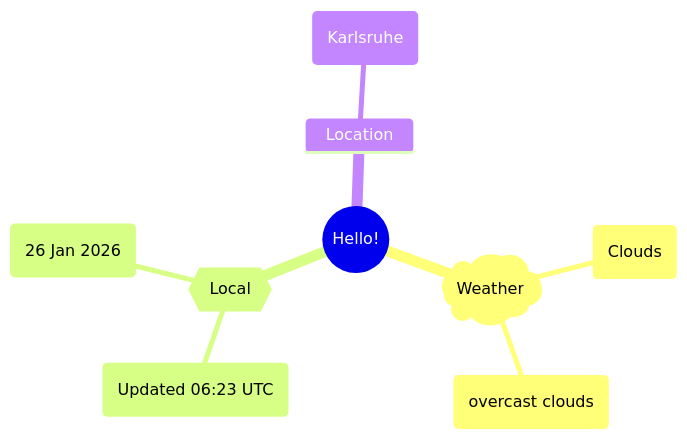
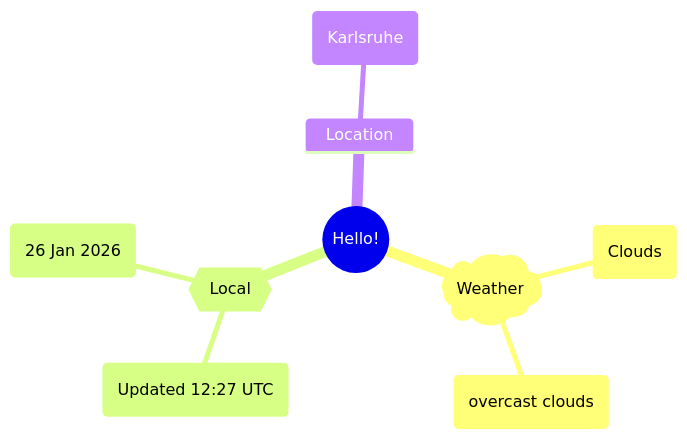
Before and after one commit to Xosrov/Xosrov: the first of 2 diagrams in README.md, drawn with Mermaid.

Commit message:
[bot] updated images

````diff
--- a/README.md
+++ b/README.md
@@ -3,12 +3,12 @@
 ```mermaid
 mindmap
   root((Hello!))
     )Weather(
         (Clouds)
         (overcast clouds)
     {{Local}}
-        (Updated 06:23 UTC)
+        (Updated 12:27 UTC)
         (26 Jan 2026)
     Location
         (Karlsruhe)
 ```
````
